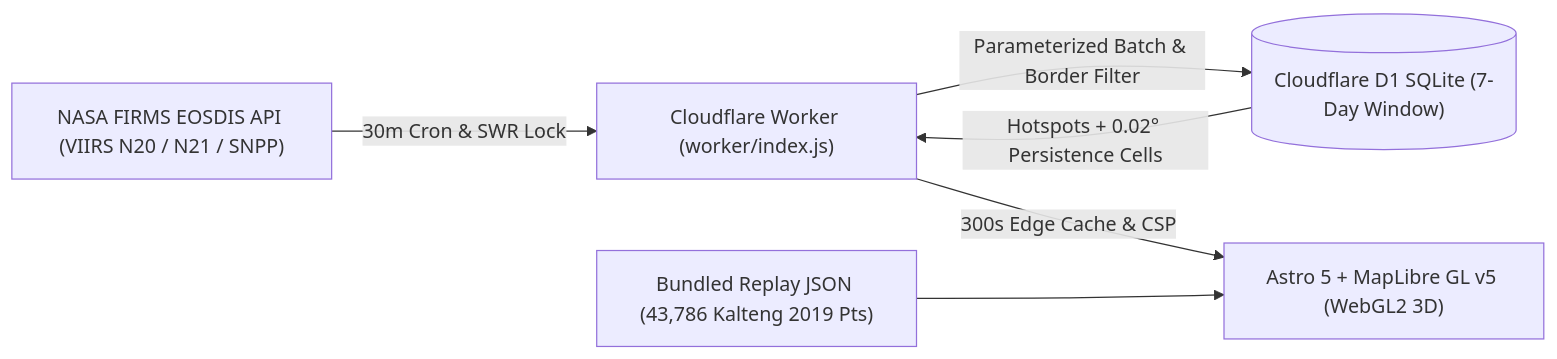
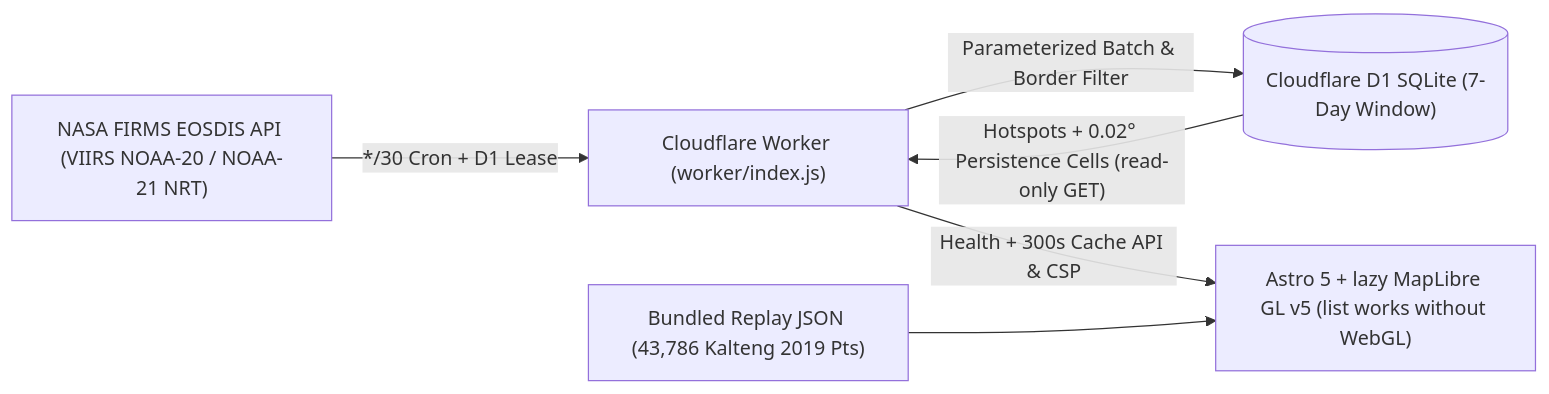
Before and after one commit to gisrad/wildfire-watch: the diagram in README.md, drawn with Mermaid. The commit also changed other lines of this file and 11 other files, not shown here.

````diff
--- a/README.md
+++ b/README.md
@@ -66,8 +71,8 @@
 ```mermaid
 flowchart LR
-    FIRMS["NASA FIRMS EOSDIS API (VIIRS N20 / N21 / SNPP)"] -->|"30m Cron & SWR Lock"| Worker["Cloudflare Worker (worker/index.js)"]
+    FIRMS["NASA FIRMS EOSDIS API (VIIRS NOAA-20 / NOAA-21 NRT)"] -->|"*/30 Cron + D1 Lease"| Worker["Cloudflare Worker (worker/index.js)"]
     Worker -->|"Parameterized Batch & Border Filter"| D1[("Cloudflare D1 SQLite (7-Day Window)")]
-    D1 -->|"Hotspots + 0.02° Persistence Cells"| Worker
-    Worker -->|"300s Edge Cache & CSP"| Browser["Astro 5 + MapLibre GL v5 (WebGL2 3D)"]
+    D1 -->|"Hotspots + 0.02° Persistence Cells (read-only GET)"| Worker
+    Worker -->|"Health + 300s Cache API & CSP"| Browser["Astro 5 + lazy MapLibre GL v5 (list works without WebGL)"]
     Static["Bundled Replay JSON (43,786 Kalteng 2019 Pts)"] --> Browser
 ```
````
